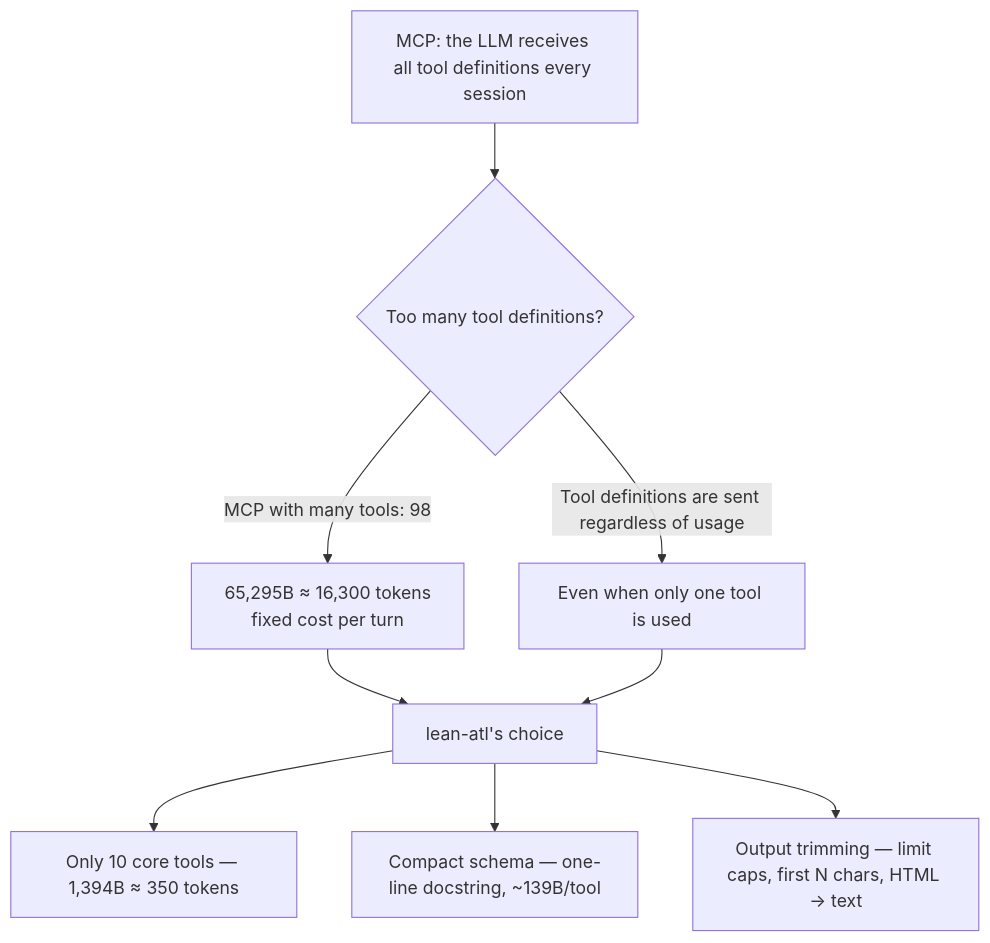
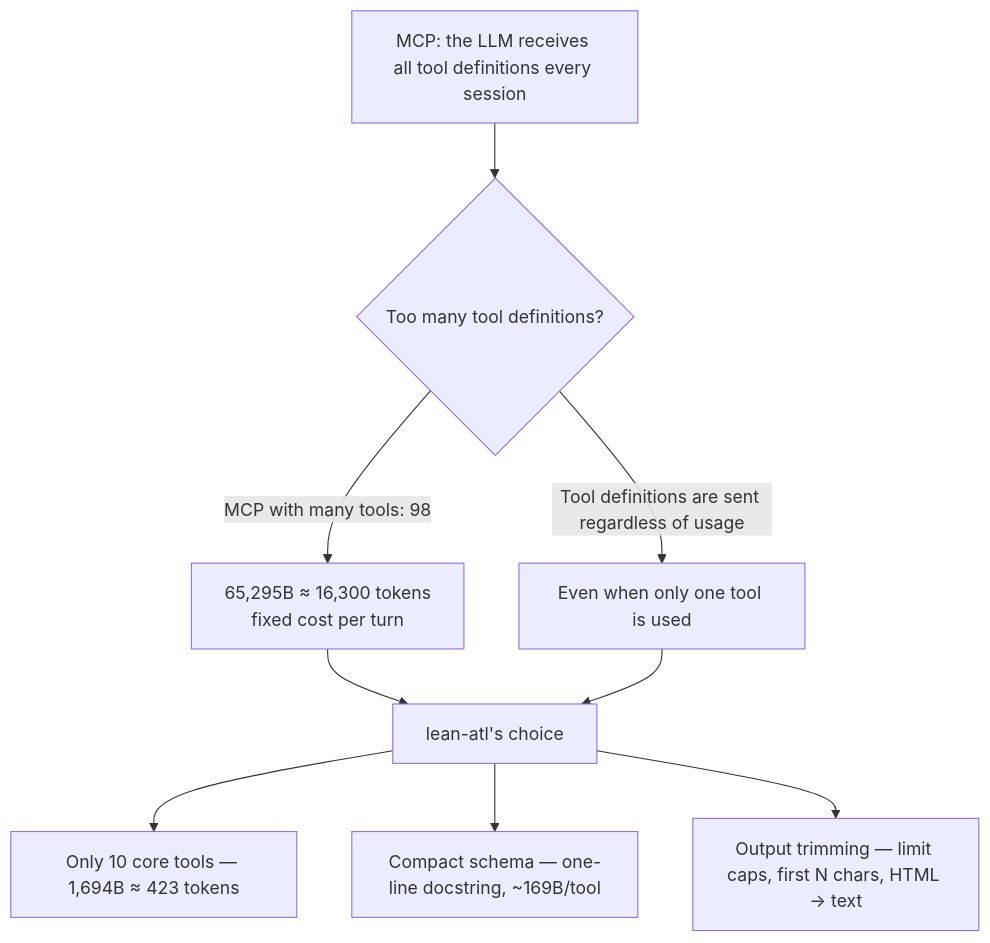
One commit to sayho87/lean-atl changed the diagram in README.md. Above: the diagram before and after it, drawn with Mermaid. The commit also changed other lines of this file and 1 other file, not shown here.

````diff
--- a/README.md
+++ b/README.md
@@ -30,11 +30,11 @@
 ```mermaid
 flowchart TD
     A["MCP: the LLM receives all tool definitions every session"] --> B{"Too many tool definitions?"}
     B -->|"MCP with many tools: 98"| C["65,295B ≈ 16,300 tokens<br/>fixed cost per turn"]
     B -->|"Tool definitions are sent regardless of usage"| D["Even when only one tool is used"]
     C --> E["lean-atl's choice"]
     D --> E
-    E --> F["Only 10 core tools — 1,394B ≈ 350 tokens"]
-    E --> G["Compact schema — one-line docstring, ~139B/tool"]
+    E --> F["Only 10 core tools — 1,694B ≈ 423 tokens"]
+    E --> G["Compact schema — one-line docstring, ~169B/tool"]
     E --> H["Output trimming — limit caps, first N chars, HTML → text"]
 ```
````
